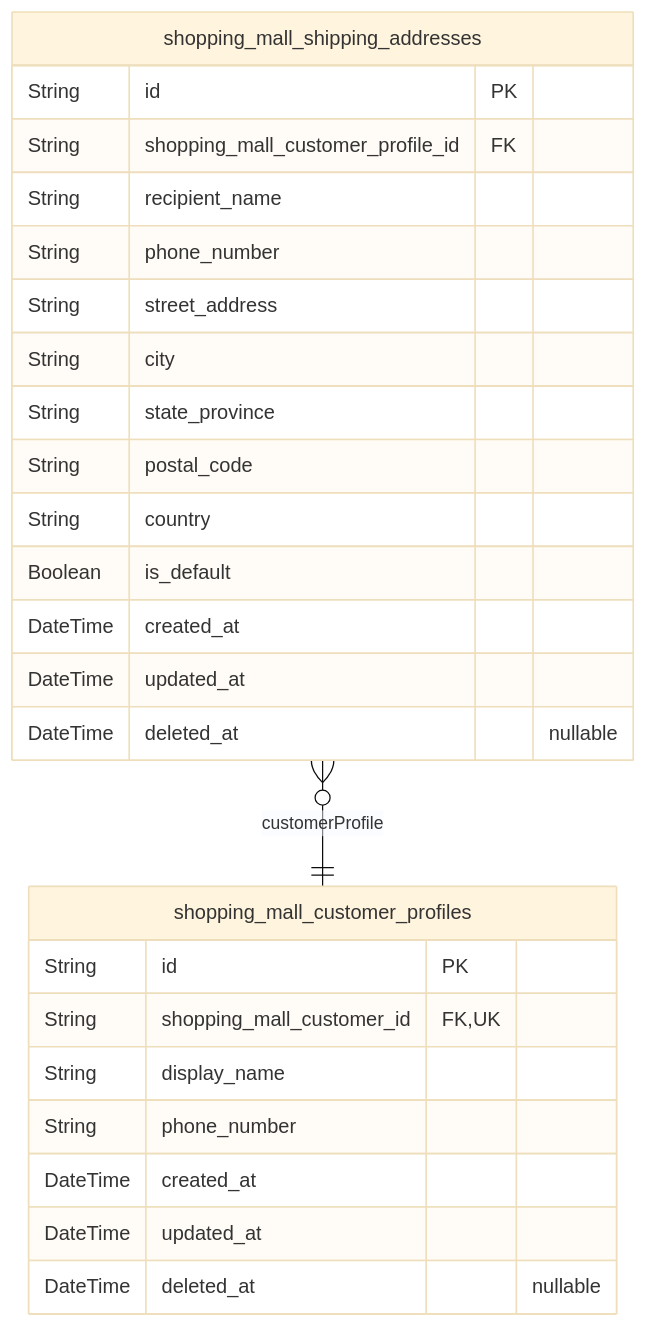
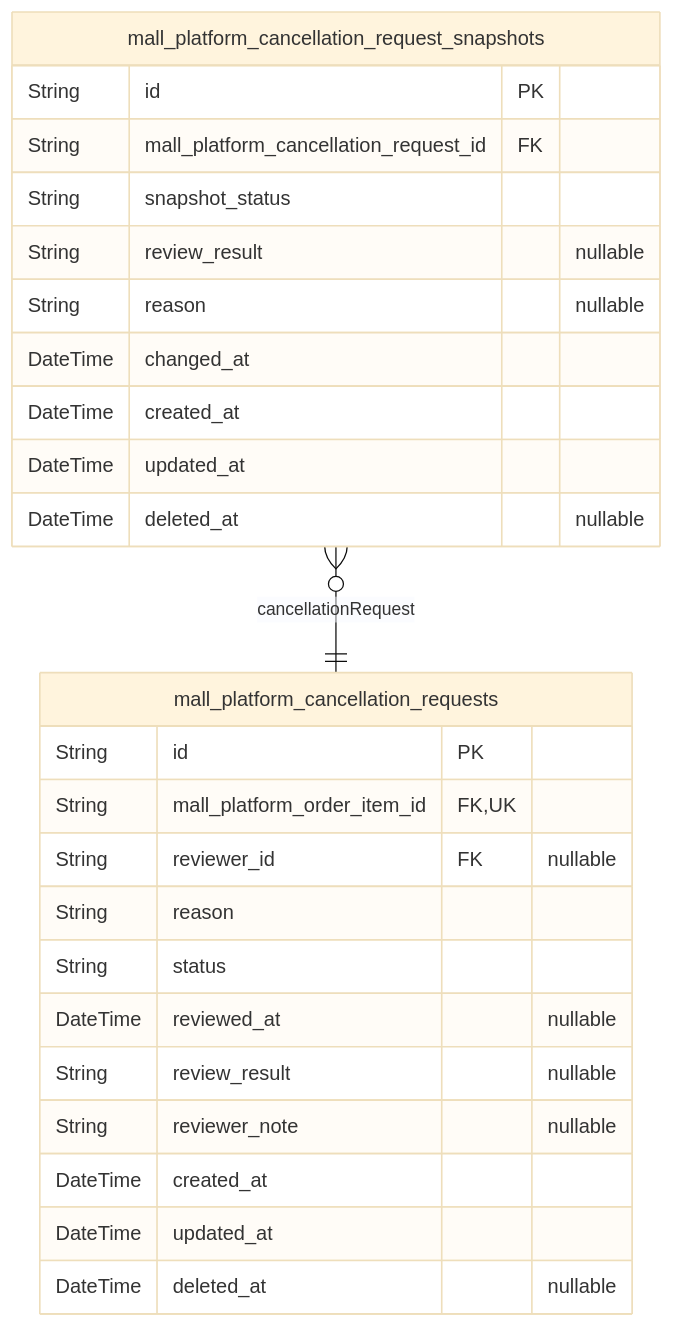
One commit to wrtnlabs/autobe-examples changed diagram 11 of 17 in openai/gpt-5.4-mini/shopping/docs/ERD.md. Above: the diagram before and after it, drawn with Mermaid (base theme). The commit also changed other lines of this file and 9017 other files, not shown here.

````diff
--- a/openai/gpt-5.4-mini/shopping/docs/ERD.md
+++ b/openai/gpt-5.4-mini/shopping/docs/ERD.md
@@ -1438,28 +1063,28 @@
 ```mermaid
 erDiagram
-"shopping_mall_customer_profiles" {
+"mall_platform_cancellation_requests" {
   String id PK
-  String shopping_mall_customer_id FK,UK
-  String display_name
-  String phone_number
+  String mall_platform_order_item_id FK,UK
+  String reviewer_id FK "nullable"
+  String reason
+  String status
+  DateTime reviewed_at "nullable"
+  String review_result "nullable"
+  String reviewer_note "nullable"
   DateTime created_at
   DateTime updated_at
   DateTime deleted_at "nullable"
 }
-"shopping_mall_shipping_addresses" {
+"mall_platform_cancellation_request_snapshots" {
   String id PK
-  String shopping_mall_customer_profile_id FK
-  String recipient_name
-  String phone_number
-  String street_address
-  String city
-  String state_province
-  String postal_code
-  String country
-  Boolean is_default
+  String mall_platform_cancellation_request_id FK
+  String snapshot_status
+  String review_result "nullable"
+  String reason "nullable"
+  DateTime changed_at
   DateTime created_at
   DateTime updated_at
   DateTime deleted_at "nullable"
 }
-"shopping_mall_shipping_addresses" }o--|| "shopping_mall_customer_profiles" : customerProfile
+"mall_platform_cancellation_request_snapshots" }o--|| "mall_platform_cancellation_requests" : cancellationRequest
 ```
````
